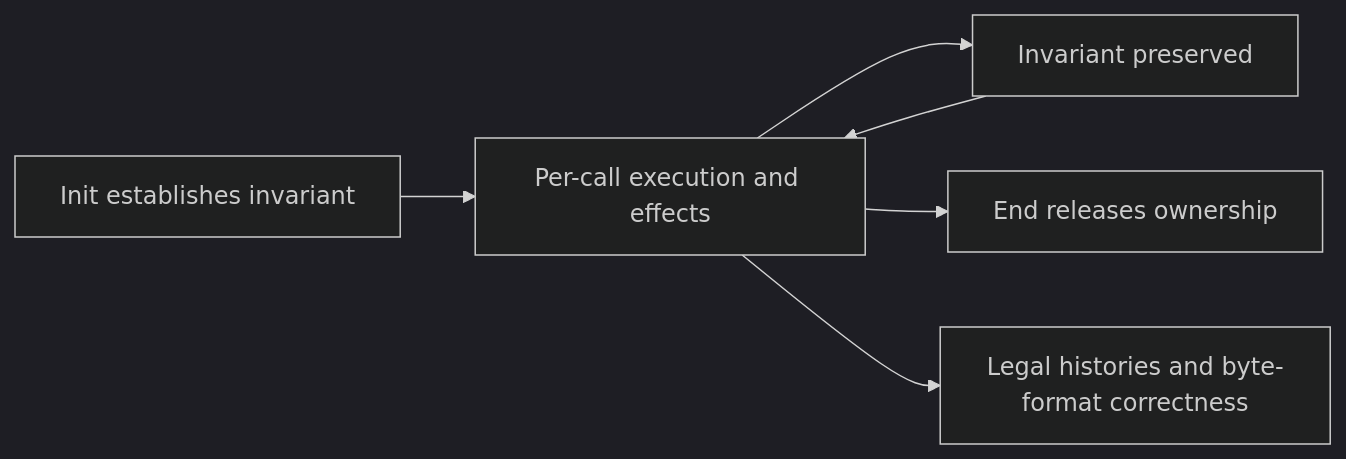
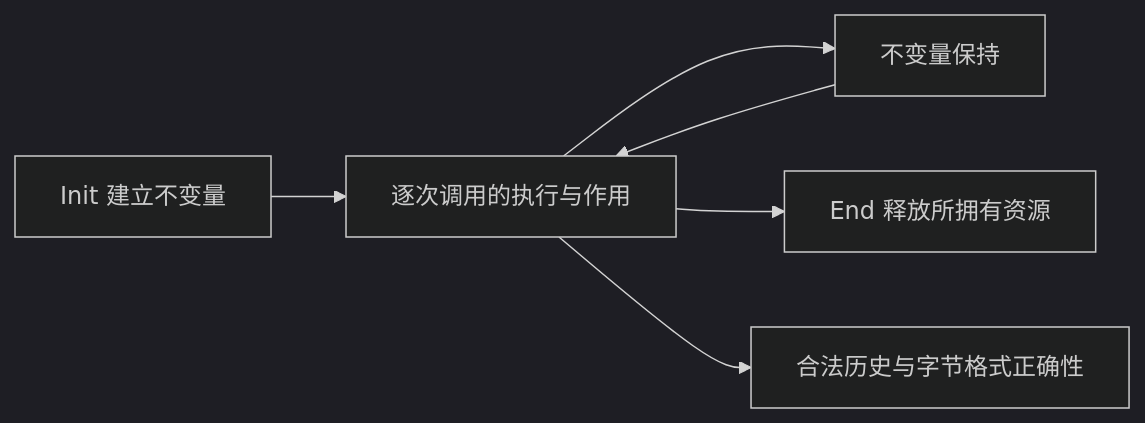
One commit to cla7aye15I4nd/zlib-f changed the diagram in site/translations/checking/goals.zh.md. Above: the diagram before and after it, drawn with Mermaid (dark theme). The commit also changed other lines of this file and 61 other files, not shown here.

````diff
--- a/site/translations/checking/goals.zh.md
+++ b/site/translations/checking/goals.zh.md
@@ -34,8 +33,8 @@
 ```mermaid
 flowchart LR
-    I["Init establishes invariant"] --> C["Per-call execution and effects"]
-    C --> P["Invariant preserved"]
+    I["Init 建立不变量"] --> C["逐次调用的执行与作用"]
+    C --> P["不变量保持"]
     P --> C
-    C --> E["End releases ownership"]
-    C --> S["Legal histories and byte-format correctness"]
+    C --> E["End 释放所拥有资源"]
+    C --> S["合法历史与字节格式正确性"]
 ```
````
